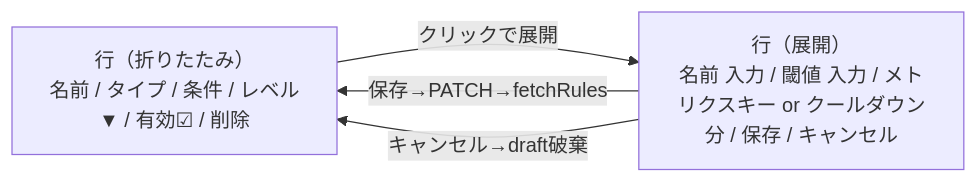
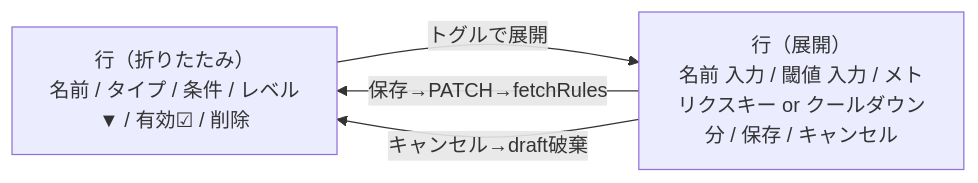
One commit to t-m0riyama/vcenter-event-assistant changed the diagram in docs/plans/2026-05-04-alert-rule-edit-design.md. Above: the diagram before and after it, drawn with Mermaid. The commit also changed other lines of this file and 2 other files, not shown here.

````diff
--- a/docs/plans/2026-05-04-alert-rule-edit-design.md
+++ b/docs/plans/2026-05-04-alert-rule-edit-design.md
@@ -28,8 +28,8 @@
 ```mermaid
 flowchart LR
   rowCollapsed["行（折りたたみ）<br/>名前 / タイプ / 条件 / レベル▼ / 有効☑ / 削除"]
   rowExpanded["行（展開）<br/>名前 入力 / 閾値 入力 / メトリクスキー or クールダウン分 / 保存 / キャンセル"]
-  rowCollapsed -- "クリックで展開" --> rowExpanded
+  rowCollapsed -- "トグルで展開" --> rowExpanded
   rowExpanded -- "保存→PATCH→fetchRules" --> rowCollapsed
   rowExpanded -- "キャンセル→draft破棄" --> rowCollapsed
 ```
````
